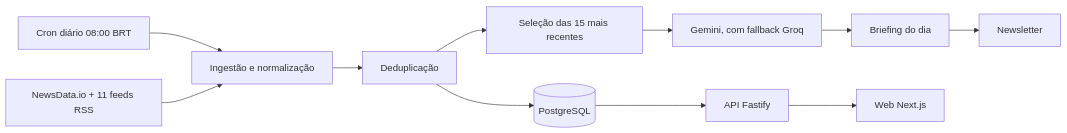
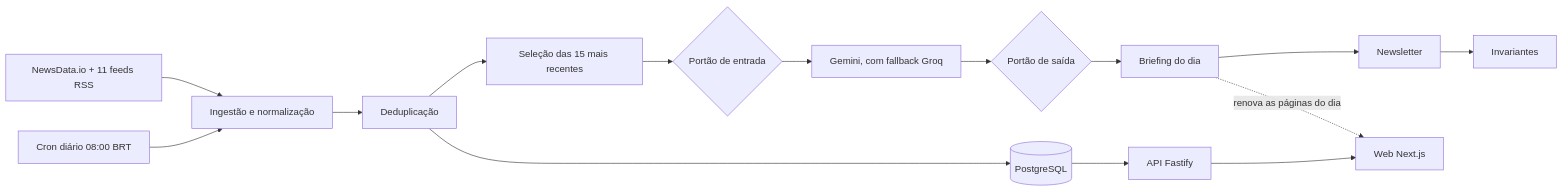
The diagram in README.pt-BR.md (tavinholoco/newra-news), drawn with Mermaid before and after one commit. The commit also changed other lines of this file and 14 other files, not shown here.

````diff
--- a/README.pt-BR.md
+++ b/README.pt-BR.md
@@ -76,13 +80,17 @@
 ```mermaid
 flowchart LR
     CRON["Cron diário 08:00 BRT"] --> ING[Ingestão e normalização]
     SRC["NewsData.io + 11 feeds RSS"] --> ING
     ING --> DEDUP[Deduplicação]
     DEDUP --> DB[(PostgreSQL)]
     DEDUP --> SEL[Seleção das 15 mais recentes]
-    SEL --> AI["Gemini, com fallback Groq"]
-    AI --> ART[Briefing do dia]
+    SEL --> GIN{Portão de entrada}
+    GIN --> AI["Gemini, com fallback Groq"]
+    AI --> GOUT{Portão de saída}
+    GOUT --> ART[Briefing do dia]
     ART --> MAIL[Newsletter]
+    MAIL --> INV[Invariantes]
     DB --> API[API Fastify]
     API --> WEB[Web Next.js]
+    ART -.->|renova as páginas do dia| WEB
 ```
````
